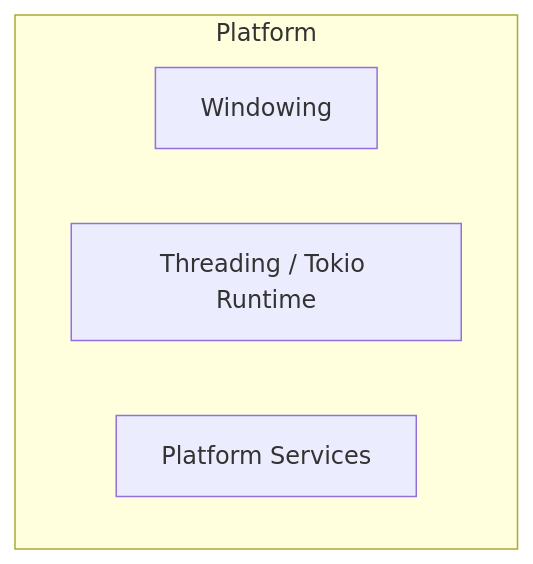
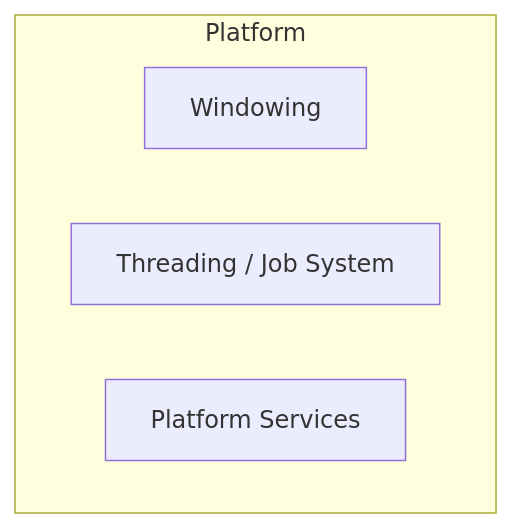
One commit to harmonius-dev/harmonius changed the seventh of 16 diagrams in docs/architecture.md. Above: the diagram before and after it, drawn with Mermaid. The commit also changed other lines of this file and 174 other files, not shown here.

````diff
--- a/docs/architecture.md
+++ b/docs/architecture.md
@@ -341,8 +399,8 @@
 ```mermaid
 graph TB
     subgraph "Platform"
         W[Windowing]
-        T[Threading / Tokio Runtime]
+        T[Threading / Job System]
         PS[Platform Services]
     end
 ```
````
